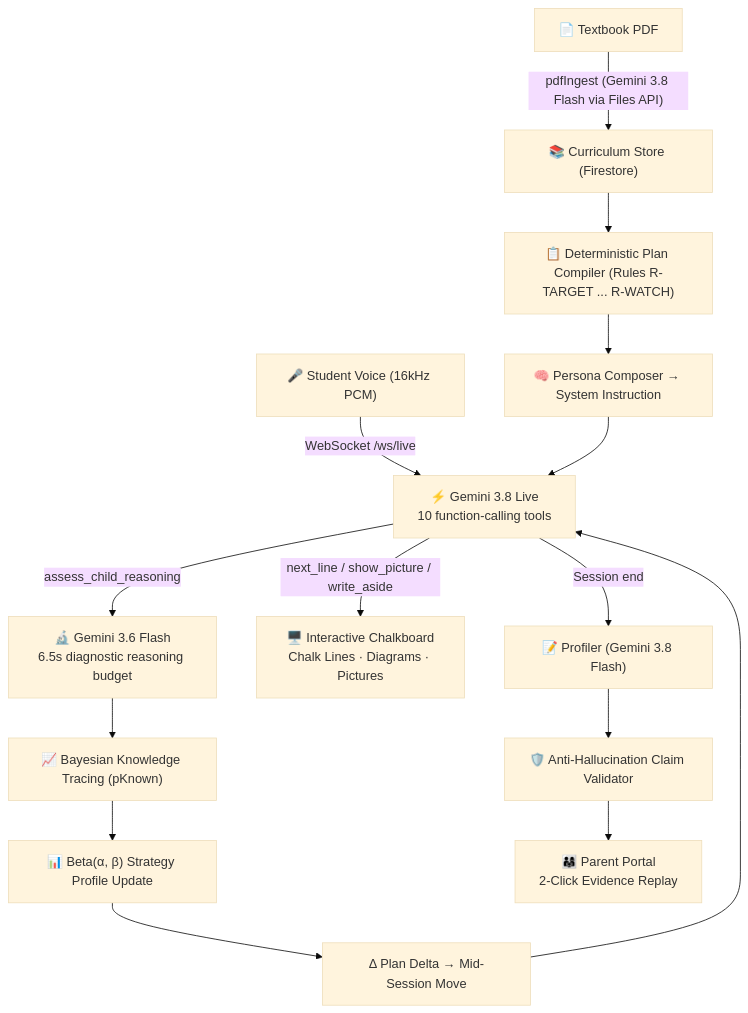
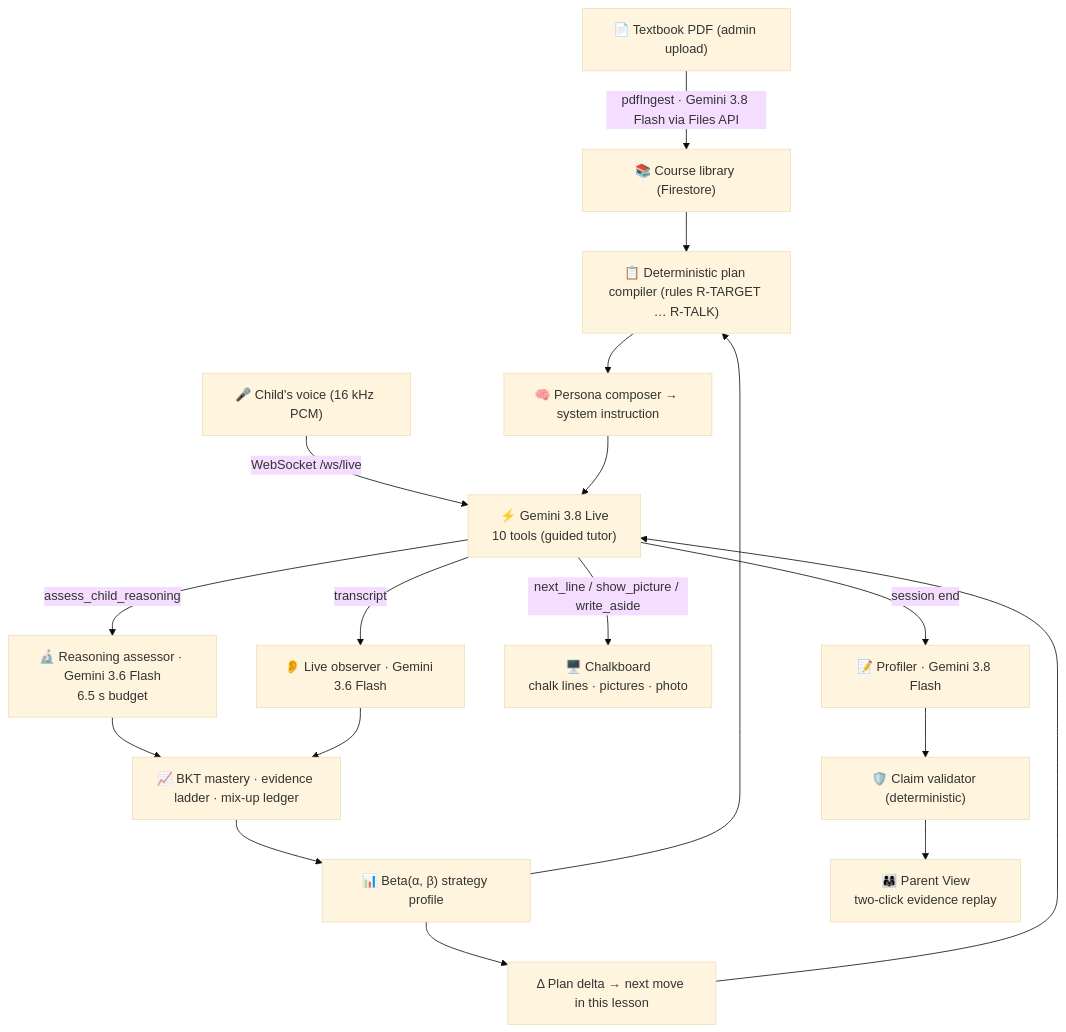
Before and after one commit to sur2rock1/AI_Builder_cup_2026: the diagram in README.md, drawn with Mermaid (base theme). The commit also changed other lines of this file, not shown here.

````diff
--- a/README.md
+++ b/README.md
@@ -53,21 +55,24 @@
 ```mermaid
 flowchart TD
-    PDF["📄 Textbook PDF"] -->|"pdfIngest (Gemini 3.8 Flash via Files API)"| CUR["📚 Curriculum Store (Firestore)"]
-    CUR --> PLAN["📋 Deterministic Plan Compiler (Rules R-TARGET ... R-WATCH)"]
-    PLAN --> SYS["🧠 Persona Composer → System Instruction"]
+    PDF["📄 Textbook PDF (admin upload)"] -->|"pdfIngest · Gemini 3.8 Flash via Files API"| CUR["📚 Course library (Firestore)"]
+    CUR --> PLAN["📋 Deterministic plan compiler (rules R-TARGET … R-TALK)"]
+    PLAN --> SYS["🧠 Persona composer → system instruction"]
 
-    STU["🎤 Student Voice (16kHz PCM)"] -->|"WebSocket /ws/live"| LIVE["⚡ Gemini 3.8 Live<br/>10 function-calling tools"]
+    STU["🎤 Child's voice (16 kHz PCM)"] -->|"WebSocket /ws/live"| LIVE["⚡ Gemini 3.8 Live<br/>10 tools (guided tutor)"]
     SYS --> LIVE
 
-    LIVE -->|"assess_child_reasoning"| DIAG["🔬 Gemini 3.6 Flash<br/>6.5s diagnostic reasoning budget"]
-    LIVE -->|"next_line / show_picture / write_aside"| BOARD["🖥️ Interactive Chalkboard<br/>Chalk Lines · Diagrams · Pictures"]
+    LIVE -->|"assess_child_reasoning"| DIAG["🔬 Reasoning assessor · Gemini 3.6 Flash<br/>6.5 s budget"]
+    LIVE -->|"transcript"| OBS["👂 Live observer · Gemini 3.6 Flash"]
+    LIVE -->|"next_line / show_picture / write_aside"| BOARD["🖥️ Chalkboard<br/>chalk lines · pictures · photo"]
 
-    DIAG --> BKT["📈 Bayesian Knowledge Tracing (pKnown)"]
-    BKT --> STRAT["📊 Beta(α, β) Strategy Profile Update"]
-    STRAT --> DELTA["Δ Plan Delta → Mid-Session Move"]
+    DIAG --> BKT["📈 BKT mastery · evidence ladder · mix-up ledger"]
+    OBS --> BKT
+    BKT --> STRAT["📊 Beta(α, β) strategy profile"]
+    STRAT --> DELTA["Δ Plan delta → next move in this lesson"]
     DELTA --> LIVE
+    STRAT --> PLAN
 
-    LIVE -->|"Session end"| PROF["📝 Profiler (Gemini 3.8 Flash)"]
-    PROF --> VAL["🛡️ Anti-Hallucination Claim Validator"]
-    VAL --> PARENT["👨‍👩‍👧 Parent Portal<br/>2-Click Evidence Replay"]
+    LIVE -->|"session end"| PROF["📝 Profiler · Gemini 3.8 Flash"]
+    PROF --> VAL["🛡️ Claim validator (deterministic)"]
+    VAL --> PARENT["👨‍👩‍👧 Parent View<br/>two-click evidence replay"]
 ```
````
